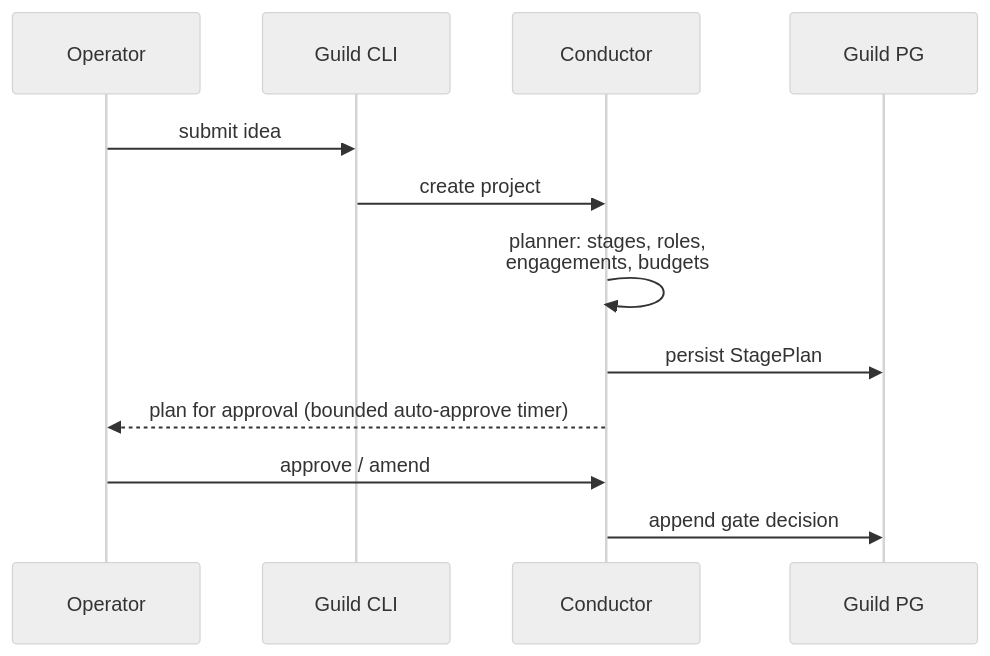
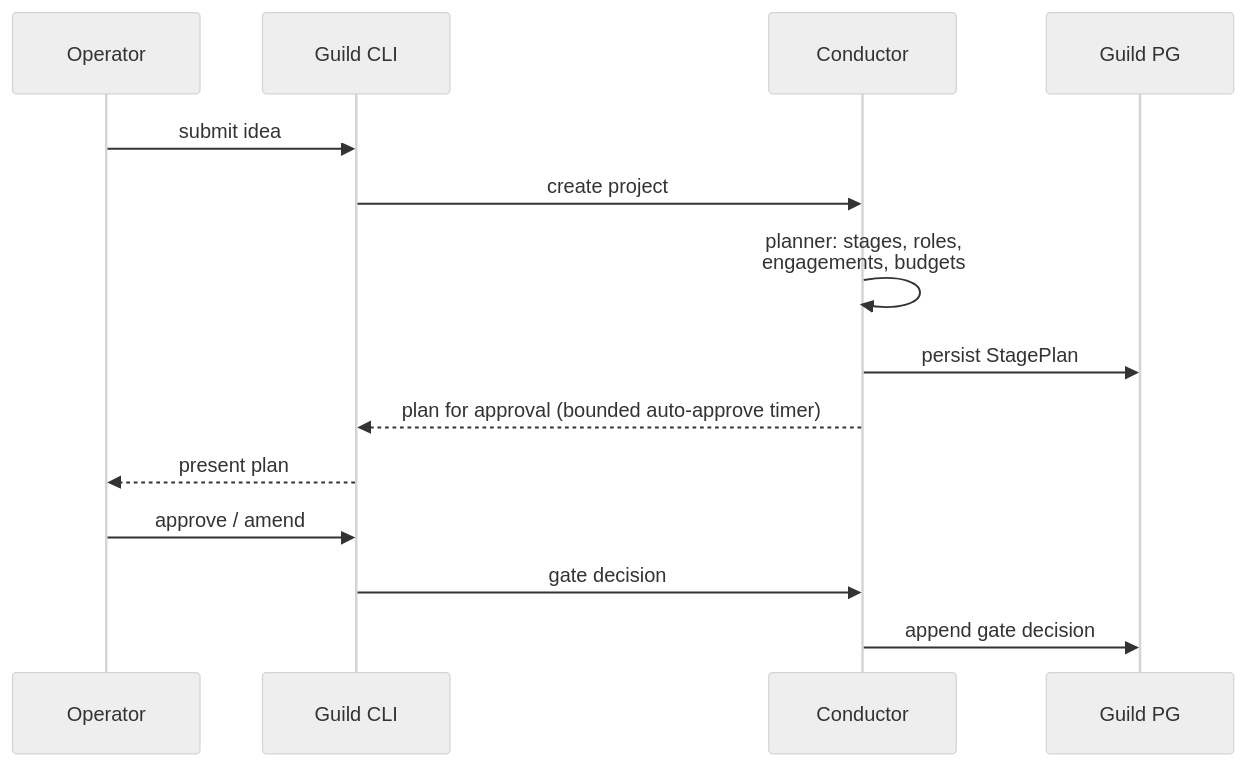
Before and after one commit to maacarbo/guild: the third of 7 diagrams in docs/OVERVIEW.md, drawn with Mermaid (neutral theme). The commit also changed other lines of this file and 2 other files, not shown here.

First line of the commit message:
Fix overview verification findings; align stale topology/MVP lines with the 2026-07-30 isolation decision

````diff
--- a/docs/OVERVIEW.md
+++ b/docs/OVERVIEW.md
@@ -84,14 +84,16 @@
 ```mermaid
 sequenceDiagram
     participant OP as Operator
     participant CLI as Guild CLI
     participant C as Conductor
     participant G as Guild PG
     OP->>CLI: submit idea
     CLI->>C: create project
     C->>C: planner: stages, roles,<br/>engagements, budgets
     C->>G: persist StagePlan
-    C-->>OP: plan for approval (bounded auto-approve timer)
-    OP->>C: approve / amend
+    C-->>CLI: plan for approval (bounded auto-approve timer)
+    CLI-->>OP: present plan
+    OP->>CLI: approve / amend
+    CLI->>C: gate decision
     C->>G: append gate decision
 ```
````
